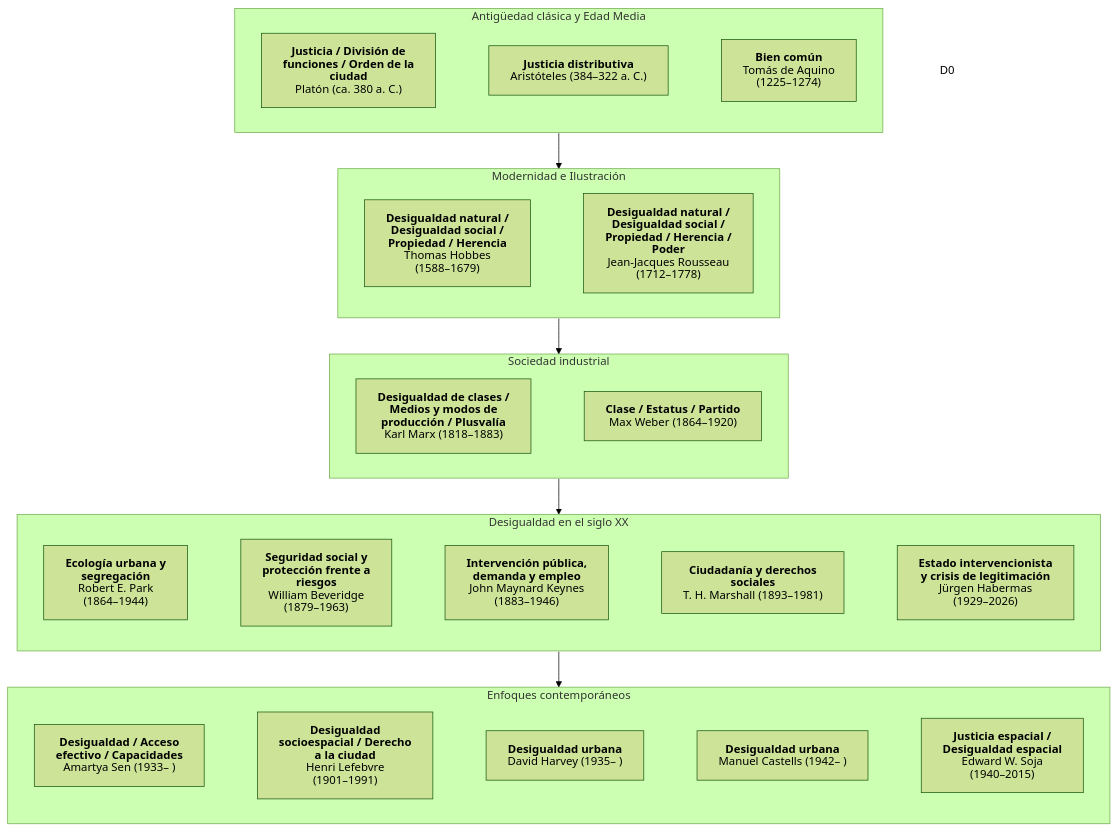
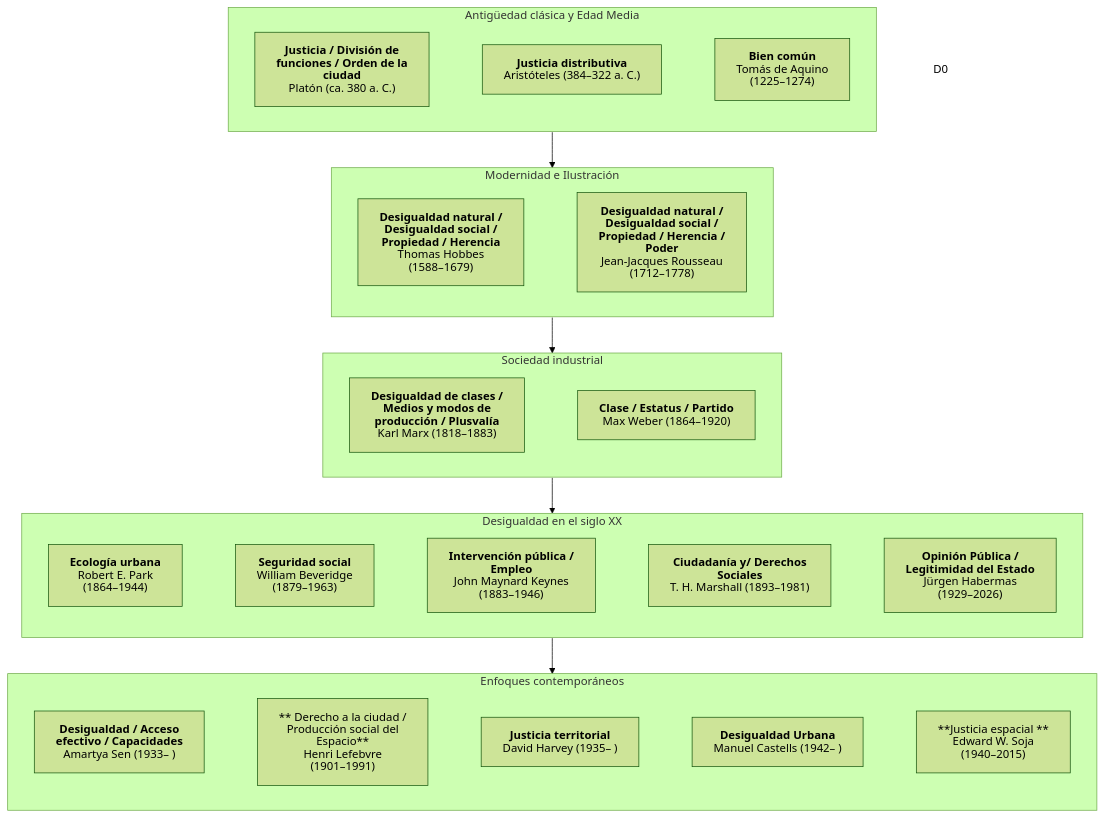
Before and after one commit to isarivg/esquema_marco_teorico: the diagram in desigualdad.md, drawn with Mermaid (forest theme).

````diff
--- a/desigualdad.md
+++ b/desigualdad.md
@@ -1,73 +1,73 @@
 ```mermaid
 ---
 config:
   htmlLabels: false
 ---
 flowchart TD
     subgraph A["Antigüedad clásica y Edad Media"]
         direction LR
         A1["`**Justicia / División de funciones / Orden de la ciudad**
 Platón (ca. 380 a. C.)`"]
         A2["`**Justicia distributiva**
 Aristóteles (384–322 a. C.)`"]
         A3["`**Bien común**
 Tomás de Aquino (1225–1274)`"]
 
         A1 ~~~ A2 ~~~ A3
     end
 
     subgraph B["Modernidad e Ilustración"]
         direction LR
         B1["`**Desigualdad natural / Desigualdad social / Propiedad / Herencia**
 Thomas Hobbes (1588–1679)`"]
         B3["`**Desigualdad natural / Desigualdad social / Propiedad / Herencia / Poder**
 Jean-Jacques Rousseau (1712–1778)`"]
 
         B1 ~~~ B3
     end
 
     subgraph C["Sociedad industrial"]
         direction LR
         C1["`**Desigualdad de clases / Medios y modos de producción / Plusvalía**
 Karl Marx (1818–1883)`"]
         C2["`**Clase / Estatus / Partido**
 Max Weber (1864–1920)`"]
 
         C1 ~~~ C2
     end
 
     subgraph D["Desigualdad en el siglo XX"]
         direction LR
-        D2["`**Ecología urbana y segregación**
+        D2["`**Ecología urbana**
 Robert E. Park (1864–1944)`"]
-        D3["`**Seguridad social y protección frente a riesgos**
+        D3["`**Seguridad social**
 William Beveridge (1879–1963)`"]
-        D4["`**Intervención pública, demanda y empleo**
+        D4["`**Intervención pública / Empleo**
 John Maynard Keynes (1883–1946)`"]
-        D5["`**Ciudadanía y derechos sociales**
+        D5["`**Ciudadanía y/ Derechos Sociales**
 T. H. Marshall (1893–1981)`"]
-        D6["`**Estado intervencionista y crisis de legitimación**
+        D6["`**Opinión Pública / Legitimidad del Estado**
 Jürgen Habermas (1929–2026)`"]
 
         D2 ~~~ D3 ~~~ D4 ~~~ D5 ~~~ D6
     end
 
     subgraph E["Enfoques contemporáneos"]
         direction LR
         E1["`**Desigualdad / Acceso efectivo / Capacidades**
 Amartya Sen (1933– )`"]
-        E2["`**Desigualdad socioespacial / Derecho a la ciudad**
+        E2["`** Derecho a la ciudad /  Producción social del Espacio**
 Henri Lefebvre (1901–1991)`"]
-        E3["`**Desigualdad urbana**
+        E3["`**Justicia territorial**
 David Harvey (1935– )`"]
-        E4["`**Desigualdad urbana**
+        E4["`**Desigualdad Urbana**
 Manuel Castells (1942– )`"]
-        E5["`**Justicia espacial / Desigualdad espacial**
+        E5["`**Justicia espacial **
 Edward W. Soja (1940–2015)`"]
 
         E1 ~~~ E2 ~~~ E3 ~~~ E4 ~~~ E5
 
     end
     A --> B --> C --> D --> E
     style D0 fill:none,stroke:none
 ```
````
